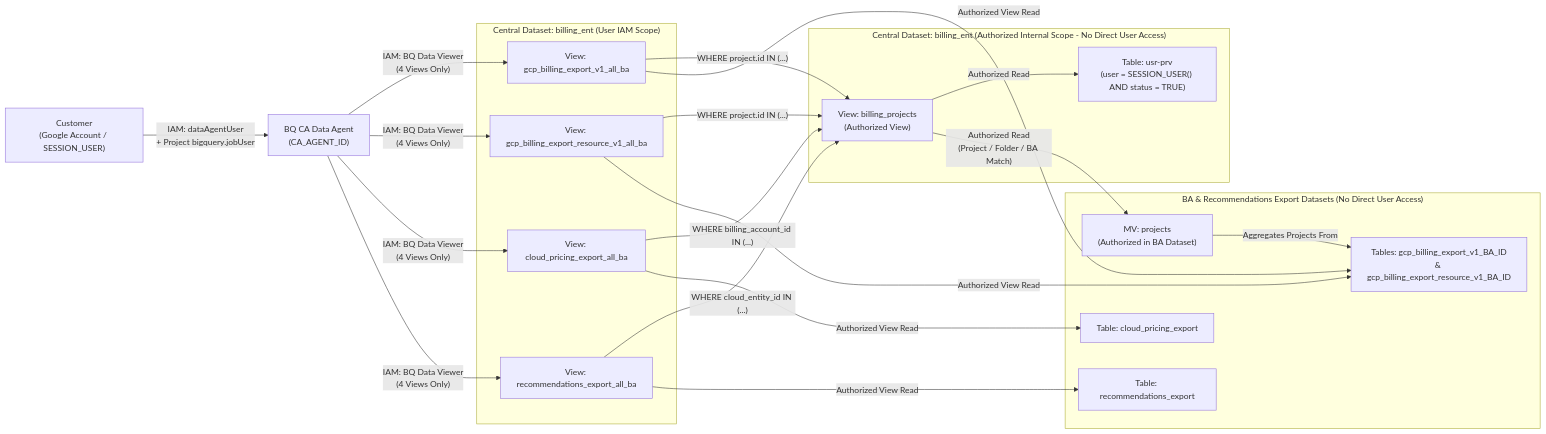
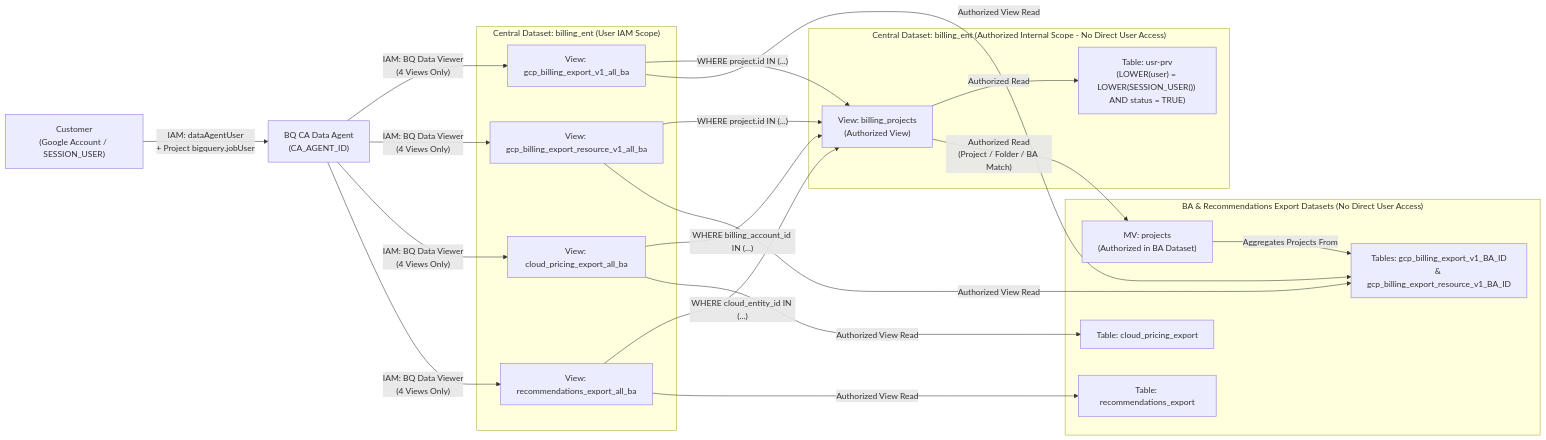
One commit to tytskov-tech/bq_ca_billing_ent_agent changed the second of 2 diagrams in README.md. Above: the diagram before and after it, drawn with Mermaid. The commit also changed other lines of this file and 4 other files, not shown here.

````diff
--- a/README.md
+++ b/README.md
@@ -88,44 +131,44 @@
 ```mermaid
 flowchart LR
     CUST["Customer\n(Google Account / SESSION_USER)"]
     AGENT["BQ CA Data Agent\n(CA_AGENT_ID)"]
 
     subgraph User_Accessible_Views["Central Dataset: billing_ent (User IAM Scope)"]
         V_STD["View: gcp_billing_export_v1_all_ba"]
         V_RES["View: gcp_billing_export_resource_v1_all_ba"]
         V_PRC["View: cloud_pricing_export_all_ba"]
         V_REC["View: recommendations_export_all_ba"]
     end
 
     subgraph Internal_Security_Layer["Central Dataset: billing_ent (Authorized Internal Scope - No Direct User Access)"]
         BP["View: billing_projects\n(Authorized View)"]
-        UP["Table: usr-prv\n(user = SESSION_USER() AND status = TRUE)"]
+        UP["Table: usr-prv\n(LOWER(user) = LOWER(SESSION_USER()) AND status = TRUE)"]
     end
 
     subgraph Source_Datasets["BA & Recommendations Export Datasets (No Direct User Access)"]
         MV_PRJ["MV: projects\n(Authorized in BA Dataset)"]
         TBL_BILL["Tables: gcp_billing_export_v1_BA_ID\n& gcp_billing_export_resource_v1_BA_ID"]
         TBL_PRC["Table: cloud_pricing_export"]
         TBL_REC["Table: recommendations_export"]
     end
 
     CUST -->|"IAM: dataAgentUser\n+ Project bigquery.jobUser"| AGENT
     AGENT -->|"IAM: BQ Data Viewer\n(4 Views Only)"| V_STD
     AGENT -->|"IAM: BQ Data Viewer\n(4 Views Only)"| V_RES
     AGENT -->|"IAM: BQ Data Viewer\n(4 Views Only)"| V_PRC
     AGENT -->|"IAM: BQ Data Viewer\n(4 Views Only)"| V_REC
 
     V_STD -->|"WHERE project.id IN (...)"| BP
     V_RES -->|"WHERE project.id IN (...)"| BP
     V_PRC -->|"WHERE billing_account_id IN (...)"| BP
     V_REC -->|"WHERE cloud_entity_id IN (...)"| BP
 
     BP -->|"Authorized Read"| UP
     BP -->|"Authorized Read\n(Project / Folder / BA Match)"| MV_PRJ
     MV_PRJ -->|"Aggregates Projects From"| TBL_BILL
 
     V_STD -->|"Authorized View Read"| TBL_BILL
     V_RES -->|"Authorized View Read"| TBL_BILL
     V_PRC -->|"Authorized View Read"| TBL_PRC
     V_REC -->|"Authorized View Read"| TBL_REC
 ```
````
